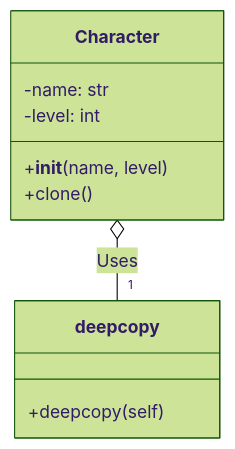
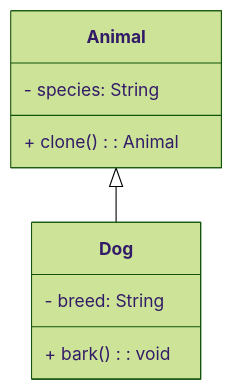
One commit to KhrystynaLutsiv/IT-21_OOP changed the diagram in Tupis_Roman/lab12/README.md. Above: the diagram before and after it, drawn with Mermaid (forest theme). The commit also changed other lines of this file, not shown here.

````diff
--- a/Tupis_Roman/lab12/README.md
+++ b/Tupis_Roman/lab12/README.md
@@ -55,13 +57,15 @@
 ```mermaid
 classDiagram
-    class Character {
-        -name: str
-        -level: int
-        +__init__(name, level)
-        +clone()
+    class Animal {
+        - species: String
+        + clone(): Animal
     }
-    class deepcopy {
-        +deepcopy(self)
+
+    class Dog {
+        - breed: String
+        + bark(): void
     }
-    Character o-- "1" deepcopy : Uses
+
+    Animal <|-- Dog
+
 ```
````
